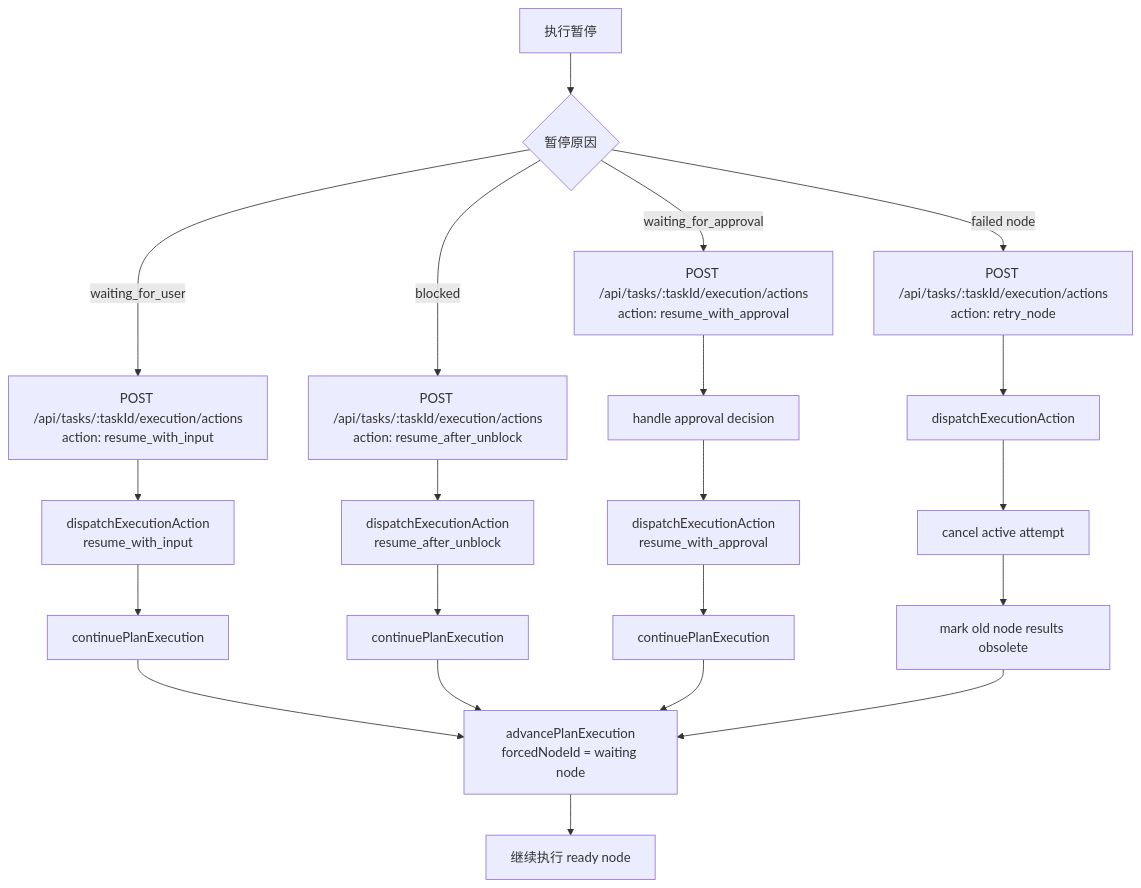
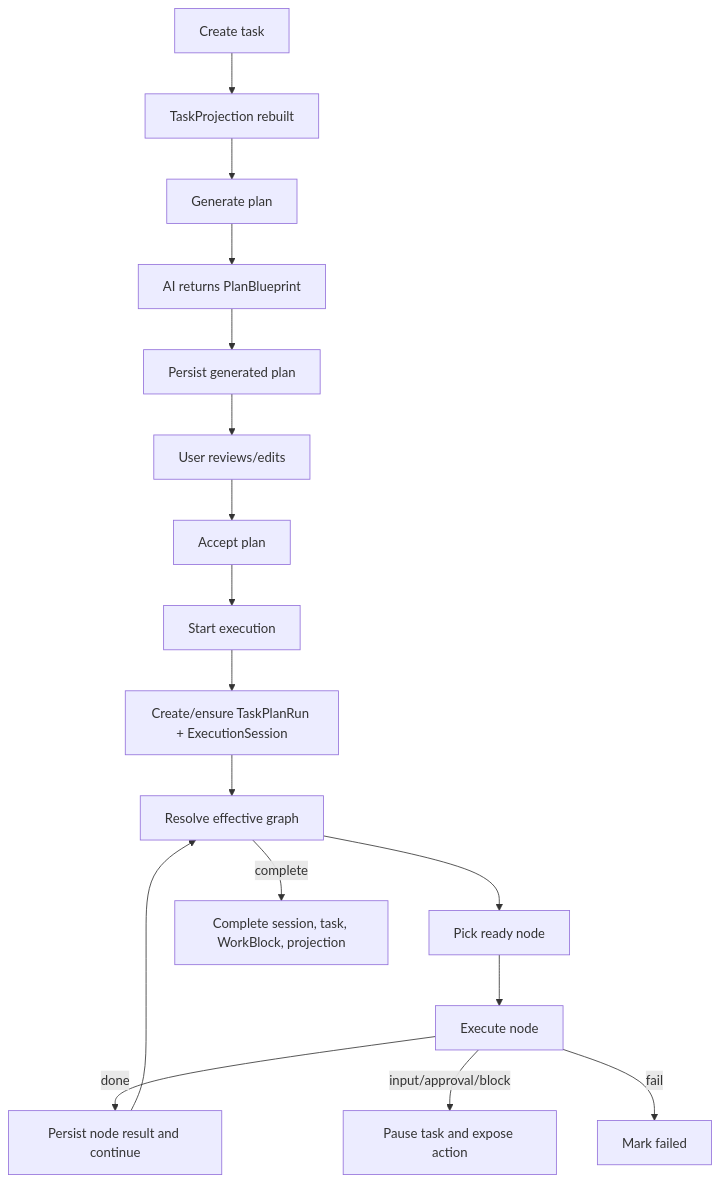
The diagram in docs/backend-execution-flow.md (saya-ashen/Chrona), drawn with Mermaid before and after one commit. The commit also changed other lines of this file and 53 other files, not shown here.

````diff
--- a/docs/backend-execution-flow.md
+++ b/docs/backend-execution-flow.md
@@ -115,28 +27,19 @@
 ```mermaid
 flowchart TD
-  P[执行暂停] --> K{暂停原因}
-
-  K -- waiting_for_user --> IN[POST /api/tasks/:taskId/execution/actions<br/>action: resume_with_input]
-  IN --> A1[dispatchExecutionAction<br/>resume_with_input]
-  A1 --> C1[continuePlanExecution]
-  C1 --> ADV[advancePlanExecution<br/>forcedNodeId = waiting node]
-
-  K -- blocked --> ACT[POST /api/tasks/:taskId/execution/actions<br/>action: resume_after_unblock]
-  ACT --> A2[dispatchExecutionAction<br/>resume_after_unblock]
-  A2 --> C2[continuePlanExecution]
-  C2 --> ADV
-
-  K -- waiting_for_approval --> APR[POST /api/tasks/:taskId/execution/actions<br/>action: resume_with_approval]
-  APR --> RA[handle approval decision]
-  RA --> A3[dispatchExecutionAction<br/>resume_with_approval]
-  A3 --> C3[continuePlanExecution]
-  C3 --> ADV
-
-  K -- failed node --> RETRY[POST /api/tasks/:taskId/execution/actions<br/>action: retry_node]
-  RETRY --> A4[dispatchExecutionAction]
-  A4 --> R1[cancel active attempt]
-  R1 --> R2[mark old node results obsolete]
-  R2 --> ADV
-
-  ADV --> NEXT[继续执行 ready node]
+  A[Create task] --> B[TaskProjection rebuilt]
+  B --> C[Generate plan]
+  C --> D[AI returns PlanBlueprint]
+  D --> E[Persist generated plan]
+  E --> F[User reviews/edits]
+  F --> G[Accept plan]
+  G --> H[Start execution]
+  H --> I[Create/ensure TaskPlanRun + ExecutionSession]
+  I --> J[Resolve effective graph]
+  J --> K[Pick ready node]
+  K --> L[Execute node]
+  L -->|done| M[Persist node result and continue]
+  L -->|input/approval/block| N[Pause task and expose action]
+  L -->|fail| O[Mark failed]
+  M --> J
+  J -->|complete| P[Complete session, task, WorkBlock, projection]
 ```
````
